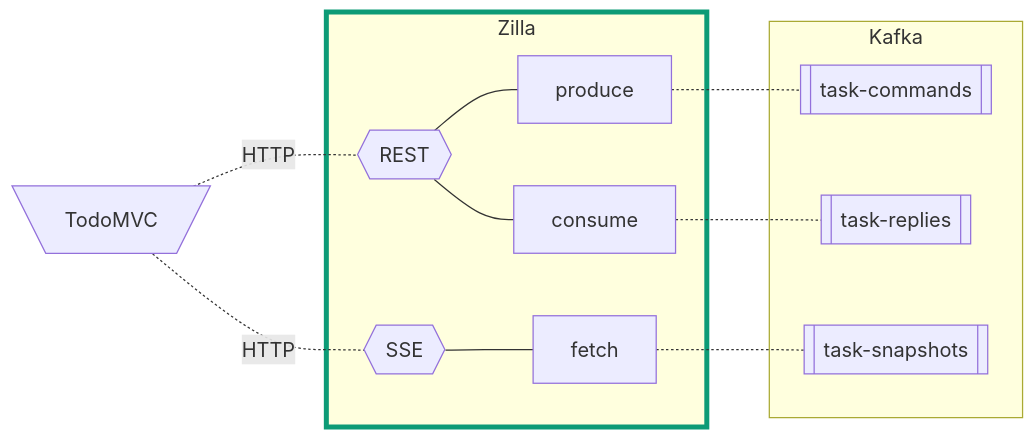
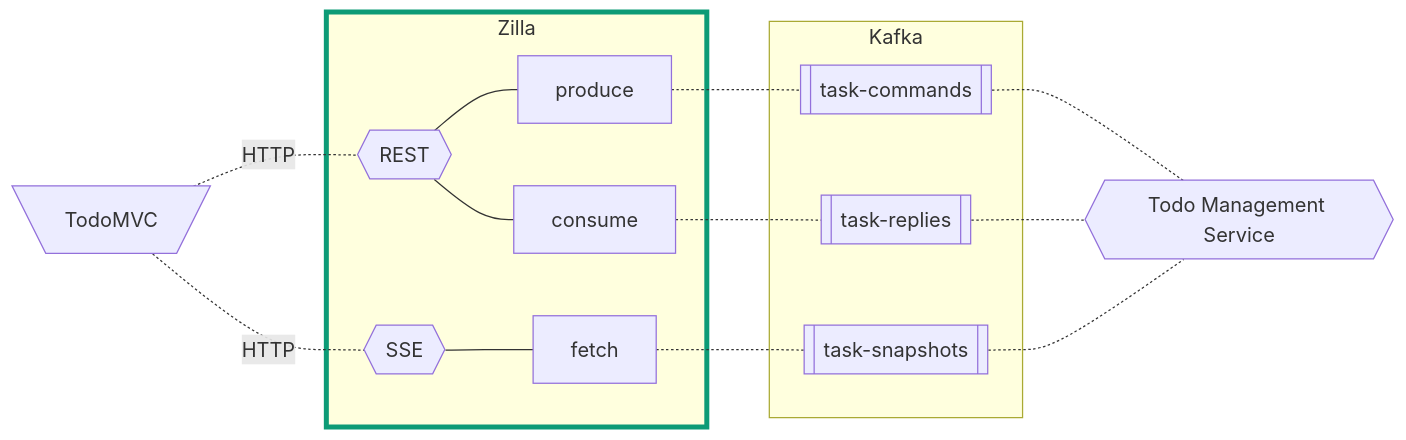
The first of 3 diagrams in todo-mvc-cqrs/readme.md (aklivity/zilla-demos), drawn with Mermaid before and after one commit. The commit also changed other lines of this file and 2 other files, not shown here.

````diff
--- a/todo-mvc-cqrs/readme.md
+++ b/todo-mvc-cqrs/readme.md
@@ -27,23 +56,24 @@
 ```mermaid
 flowchart LR
    style zilla1 stroke:#0d9b76,stroke-width:4px
 
    ui[\TodoMVC/] -.- |HTTP| rest
    ui -.- |HTTP| sse
 
    subgraph zilla1 [Zilla]
          rest{{REST}} --- pr[produce]
          rest{{REST}} --- co[consume]
          sse{{SSE}} --- fe[fetch]
    end
 
    subgraph kafka [Kafka]
       tc[[task-commands]]
       tr[[task-replies]]
       ts[[task-snapshots]]
    end
 
-   pr -.- tc
-   co -.- tr
-   fe -.- ts
+   pr -.- tc -.- tms{{Todo Management Service}}
+   co -.- tr -.- tms
+   fe -.- ts -.- tms
+
 ```
````
